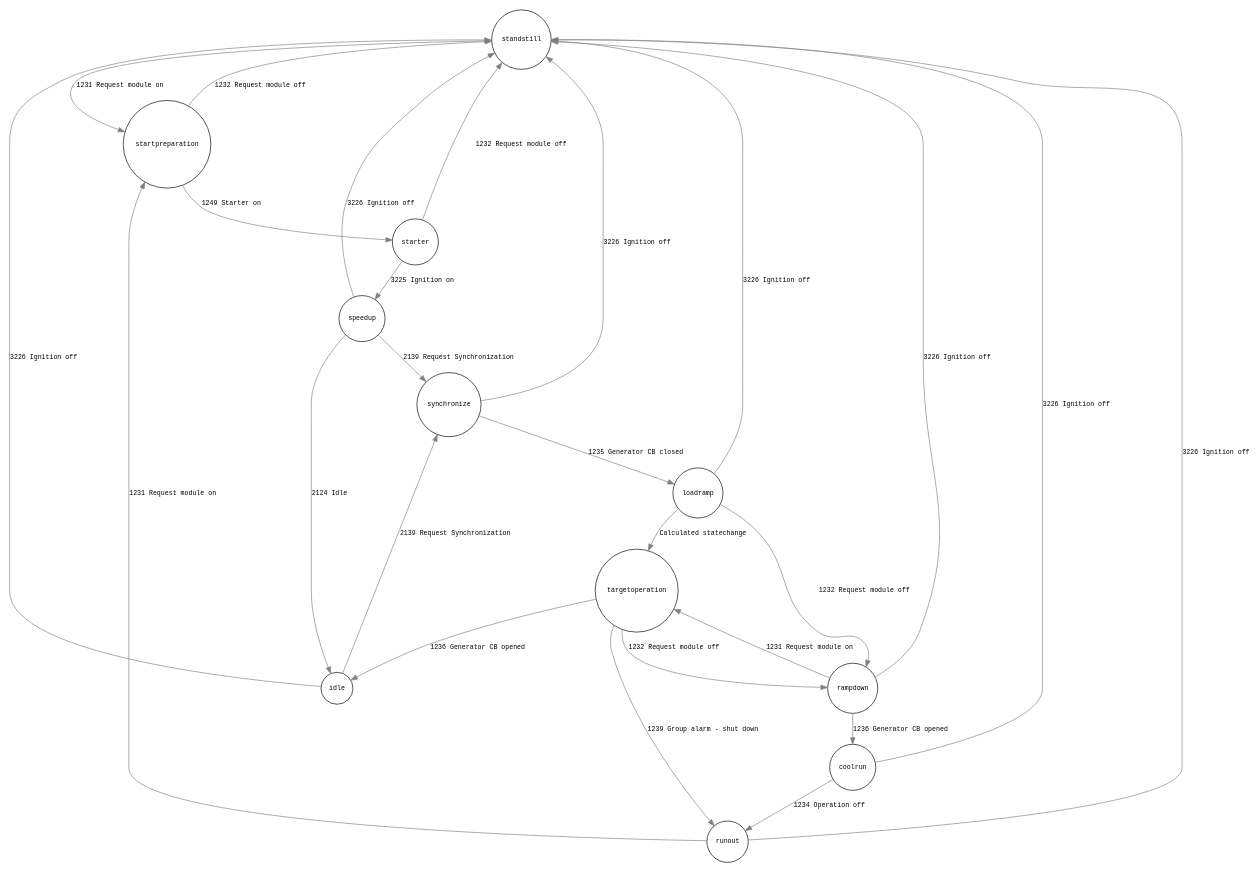
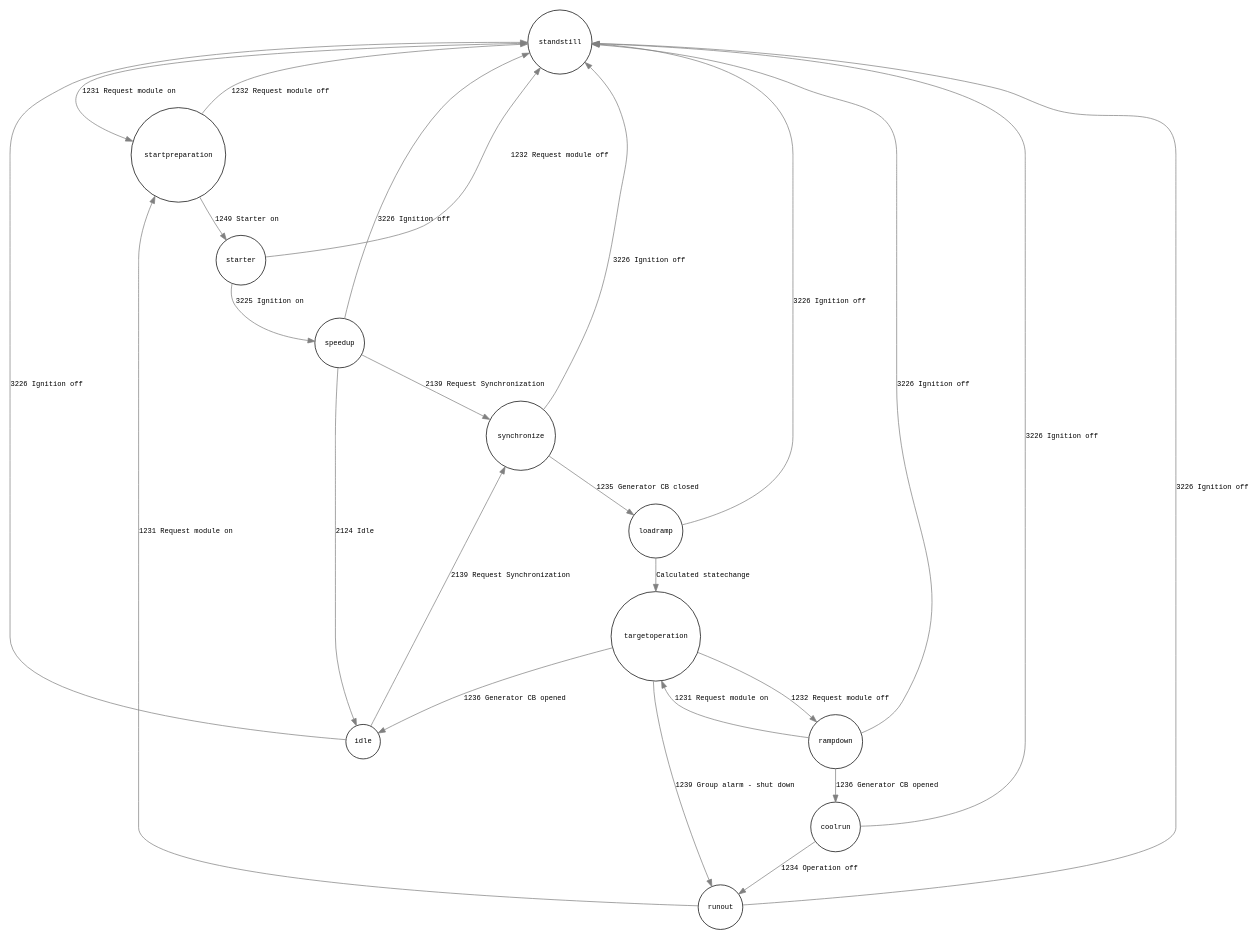
The diagram in Results/FSM.dot (dieterch/statemachine), drawn with Graphviz before and after one commit. The commit also changed 1 other file, not shown here.

```diff
--- a/Results/FSM.dot
+++ b/Results/FSM.dot
@@ -1,41 +1,40 @@
 digraph G {
     graph [rankdir=TB labelfontcolor=red fontname="monospace" nodesep=1 size="20,33"]
     node [fontname="monospace" fontsize=10  shape="circle"]
     edge [fontname="monospace" color="grey" fontsize=10]
     standstill [label="standstill"]
     standstill -> startpreparation [label="1231 Request module on"]
     startpreparation [label="startpreparation"]
     startpreparation -> starter [label="1249 Starter on"]
     startpreparation -> standstill [label="1232 Request module off"]
     starter [label="starter"]
     starter -> speedup [label="3225 Ignition on"]
     starter -> standstill [label="1232 Request module off"]
     speedup [label="speedup"]
     speedup -> idle [label="2124 Idle"]
     speedup -> synchronize [label="2139 Request Synchronization"]
     speedup -> standstill [label="3226 Ignition off"]
     idle [label="idle"]
     idle -> synchronize [label="2139 Request Synchronization"]
     idle -> standstill [label="3226 Ignition off"]
     synchronize [label="synchronize"]
     synchronize -> loadramp [label="1235 Generator CB closed"]
     synchronize -> standstill [label="3226 Ignition off"]
     loadramp [label="loadramp"]
     loadramp -> standstill [label="3226 Ignition off"]
-    loadramp -> rampdown [label="1232 Request module off"]
     loadramp -> targetoperation [label="Calculated statechange"]
     targetoperation [label="targetoperation"]
     targetoperation -> rampdown [label="1232 Request module off"]
     targetoperation -> runout [label="1239 Group alarm - shut down"]
     targetoperation -> idle [label="1236 Generator CB opened"]
     rampdown [label="rampdown"]
     rampdown -> coolrun [label="1236 Generator CB opened"]
     rampdown -> standstill [label="3226 Ignition off"]
     rampdown -> targetoperation [label="1231 Request module on"]
     coolrun [label="coolrun"]
     coolrun -> runout [label="1234 Operation off"]
     coolrun -> standstill [label="3226 Ignition off"]
     runout [label="runout"]
     runout -> standstill [label="3226 Ignition off"]
     runout -> startpreparation [label="1231 Request module on"]
 }
```
